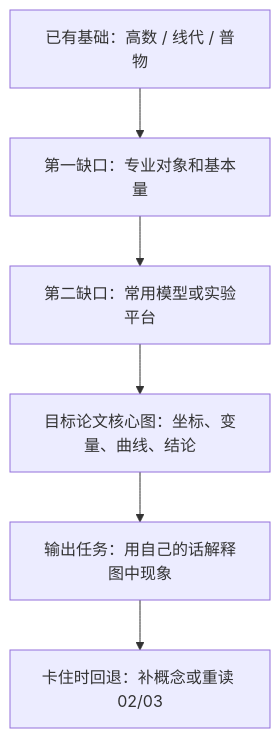
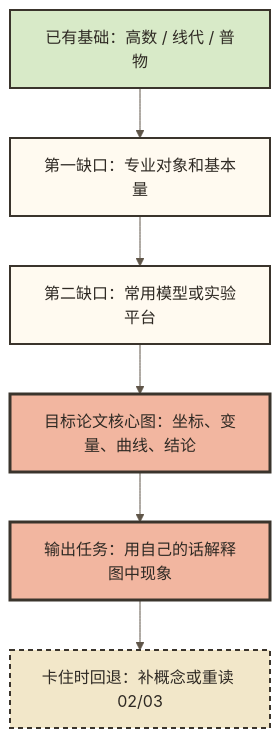
One commit to DXY-IOP-CAS/advisor-research-navigator changed the fourth of 4 diagrams in quality-workbench/支撑方法/可视化与理解.md. Above: the diagram before and after it, drawn with Mermaid. The commit also changed other lines of this file, not shown here.

Commit message:
docs: define visual style for diagrams

````diff
--- a/quality-workbench/支撑方法/可视化与理解.md
+++ b/quality-workbench/支撑方法/可视化与理解.md
@@ -238,8 +271,17 @@
 ```mermaid
+%%{init: {"theme":"base","themeVariables":{"background":"transparent","primaryColor":"#fffaf0","primaryTextColor":"#2f2a24","primaryBorderColor":"#3a342c","lineColor":"#5f5548","fontFamily":"Microsoft YaHei, Noto Sans CJK SC, sans-serif"}}}%%
 flowchart TB
   A["已有基础：高数 / 线代 / 普物"] --> B["第一缺口：专业对象和基本量"]
   B --> C["第二缺口：常用模型或实验平台"]
   C --> D["目标论文核心图：坐标、变量、曲线、结论"]
   D --> E["输出任务：用自己的话解释图中现象"]
   E --> F["卡住时回退：补概念或重读 02/03"]
+  classDef start fill:#d8eac8,stroke:#3a342c,stroke-width:2px,color:#2f2a24;
+  classDef gap fill:#fffaf0,stroke:#3a342c,stroke-width:2px,color:#2f2a24;
+  classDef target fill:#f2b6a0,stroke:#3a342c,stroke-width:3px,color:#2f2a24;
+  classDef fallback fill:#f2e7c9,stroke:#3a342c,stroke-width:2px,stroke-dasharray:5 4,color:#2f2a24;
+  class A start;
+  class B,C gap;
+  class D,E target;
+  class F fallback;
 ```
````
